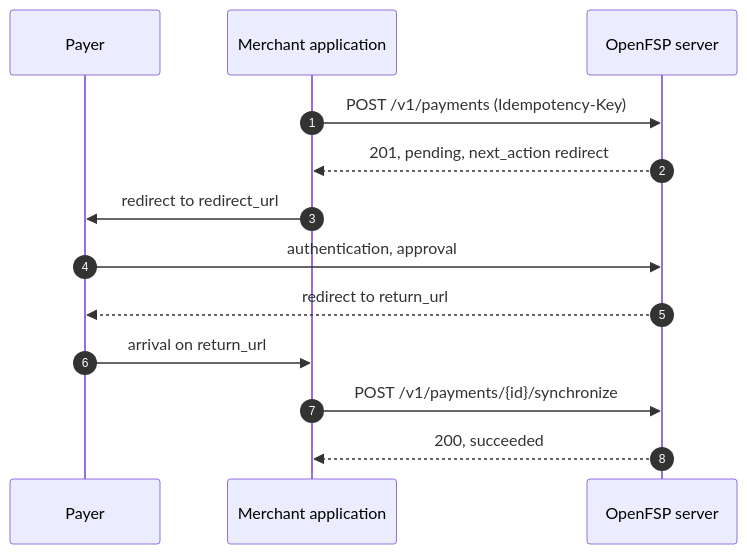
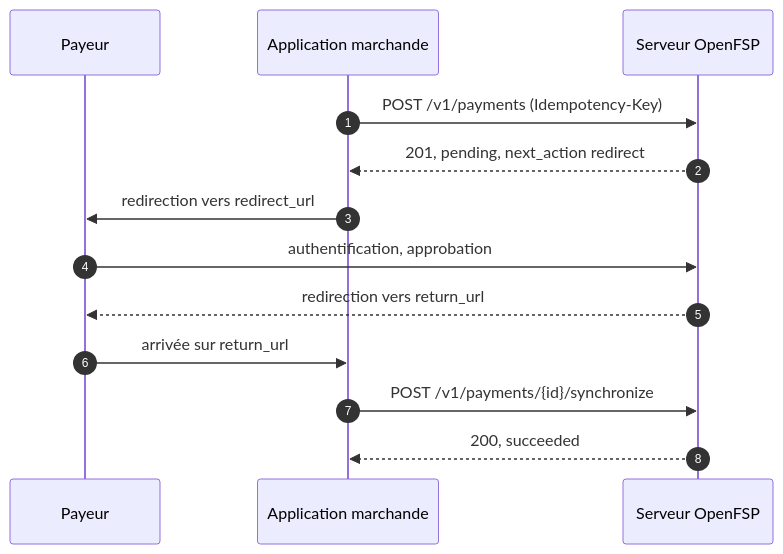
Before and after one commit to openfspht/openfsp.org: the diagram in content/docs/spec/payments-api.mdx, drawn with Mermaid. The commit also changed other lines of this file and 64 other files, not shown here.

````diff
--- a/content/docs/spec/payments-api.mdx
+++ b/content/docs/spec/payments-api.mdx
@@ -240,16 +240,16 @@
 ```mermaid
 sequenceDiagram
     autonumber
-    participant P as Payer
-    participant M as Merchant application
-    participant S as OpenFSP server
+    participant P as Payeur
+    participant M as Application marchande
+    participant S as Serveur OpenFSP
 
     M->>S: POST /v1/payments (Idempotency-Key)
     S-->>M: 201, pending, next_action redirect
-    M->>P: redirect to redirect_url
-    P->>S: authentication, approval
-    S-->>P: redirect to return_url
-    P->>M: arrival on return_url
+    M->>P: redirection vers redirect_url
+    P->>S: authentification, approbation
+    S-->>P: redirection vers return_url
+    P->>M: arrivée sur return_url
     M->>S: POST /v1/payments/{id}/synchronize
     S-->>M: 200, succeeded
 ```
````
